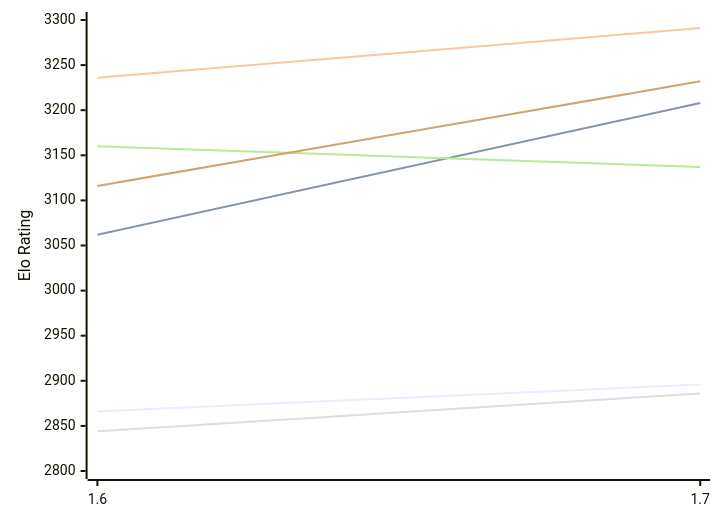
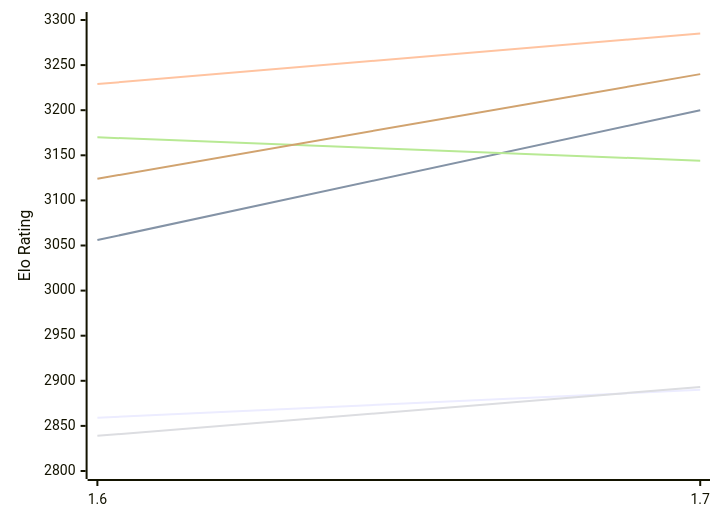
One commit to computer-chess-index/cci changed the first of 2 diagrams in engines/Bitbit.md. Above: the diagram before and after it, drawn with Mermaid. The commit also changed other lines of this file, not shown here.

Commit message:
Update CCI Ratings (ELO VLTC) - 2026-11-18

````diff
--- a/engines/Bitbit.md
+++ b/engines/Bitbit.md
@@ -50,12 +50,12 @@
 ```mermaid
 %%{init: {"theme":"base","themeVariables":{"seriesColors:['#a3a3a3','#222221','#faa371']}}}%%
 xychart-beta
   x-axis ["1.6", "1.7"]
   y-axis "Elo Rating" 2800 --> 3300
-  line "E1: STC (8.0+0.08s)" [2866, 2896]
-  line "E1: LTC (60.0+0.60s)" [3062, 3208]
-  line "E1: VLTC (2m24s+1.12s)" [3236, 3291]
-  line "P1: STC (8.0+0.08s)" [2844, 2886]
-  line "P1: LTC (60.0+0.60s)" [3160, 3137]
-  line "P1: VLTC (2m24s+1.12s)" [3116, 3232]
+  line "E1: STC (8.0+0.08s)" [2859, 2890]
+  line "E1: LTC (60.0+0.60s)" [3056, 3200]
+  line "E1: VLTC (2m24s+1.12s)" [3229, 3285]
+  line "P1: STC (8.0+0.08s)" [2839, 2893]
+  line "P1: LTC (60.0+0.60s)" [3170, 3144]
+  line "P1: VLTC (2m24s+1.12s)" [3124, 3240]
 ```
````
